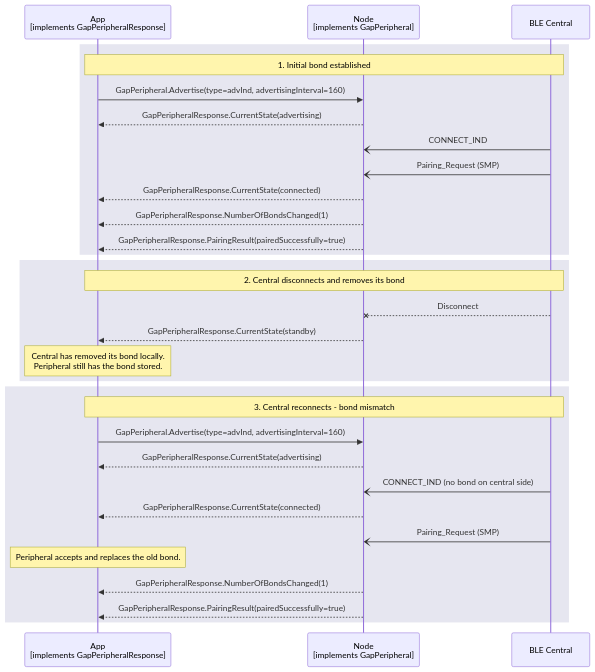
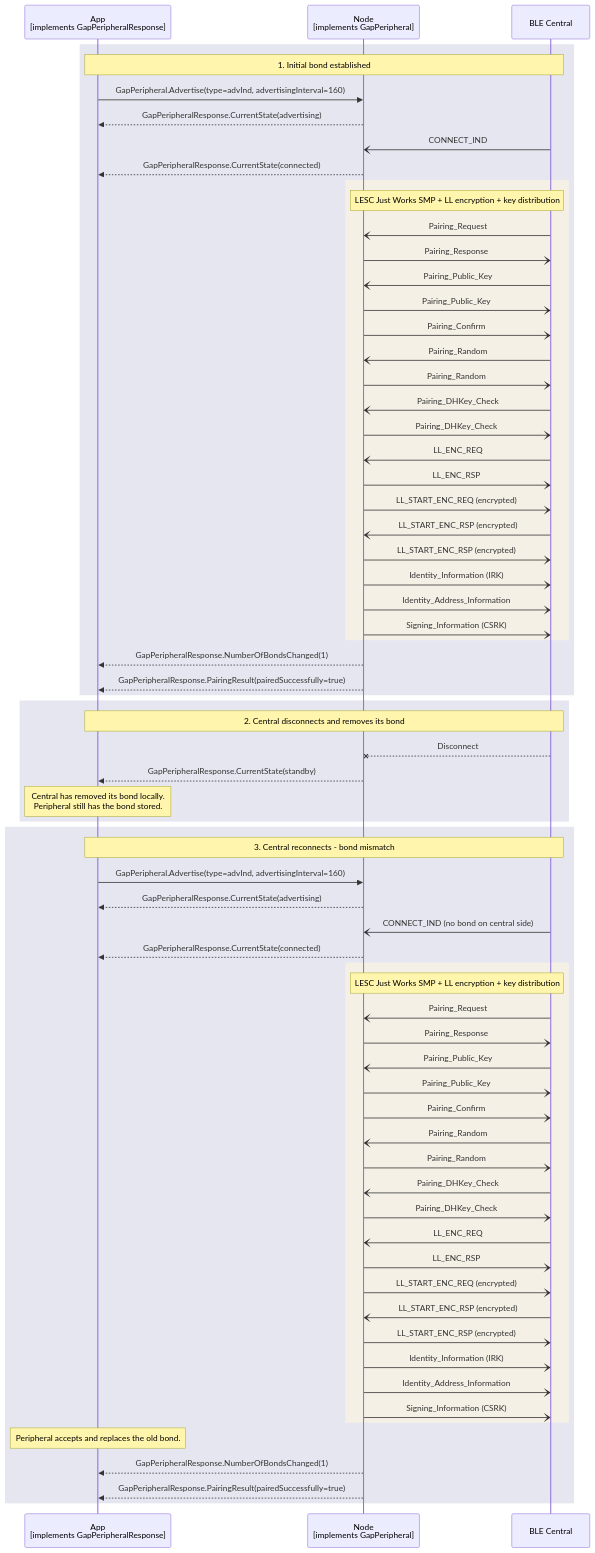
Before and after one commit to philips-software/amp-embedded-infra-lib: the diagram in documents/modules/ROOT/partials/echoservices/gap_peripheral/GapPeripheral_ReBondAfterBondRemoval_sequence.mmd, drawn with Mermaid. The commit also changed 8 other files, not shown here.

```diff
--- a/documents/modules/ROOT/partials/echoservices/gap_peripheral/GapPeripheral_ReBondAfterBondRemoval_sequence.mmd
+++ b/documents/modules/ROOT/partials/echoservices/gap_peripheral/GapPeripheral_ReBondAfterBondRemoval_sequence.mmd
@@ -1,37 +1,74 @@
 sequenceDiagram
     participant App as App<br>[implements GapPeripheralResponse]
     participant Node as Node<br>[implements GapPeripheral]
     participant Central as BLE Central
 
     rect rgb(230, 230, 240)
         note over App, Central: 1. Initial bond established
         App->>Node: GapPeripheral.Advertise(type=advInd, advertisingInterval=160)
         Node-->>App: GapPeripheralResponse.CurrentState(advertising)
         Central-)Node: CONNECT_IND
-        Central-)Node: Pairing_Request (SMP)
         Node-->>App: GapPeripheralResponse.CurrentState(connected)
+        rect rgb(245, 240, 230)
+            Note over Node, Central: LESC Just Works SMP + LL encryption + key distribution
+            Central-)Node: Pairing_Request
+            Node-)Central: Pairing_Response
+            Central-)Node: Pairing_Public_Key
+            Node-)Central: Pairing_Public_Key
+            Node-)Central: Pairing_Confirm
+            Central-)Node: Pairing_Random
+            Node-)Central: Pairing_Random
+            Central-)Node: Pairing_DHKey_Check
+            Node-)Central: Pairing_DHKey_Check
+            Central-)Node: LL_ENC_REQ
+            Node-)Central: LL_ENC_RSP
+            Node-)Central: LL_START_ENC_REQ (encrypted)
+            Central-)Node: LL_START_ENC_RSP (encrypted)
+            Node-)Central: LL_START_ENC_RSP (encrypted)
+            Node-)Central: Identity_Information (IRK)
+            Node-)Central: Identity_Address_Information
+            Node-)Central: Signing_Information (CSRK)
+        end
         Node-->>App: GapPeripheralResponse.NumberOfBondsChanged(1)
         Node-->>App: GapPeripheralResponse.PairingResult(pairedSuccessfully=true)
     end
 
     rect rgb(230, 230, 240)
         note over App, Central: 2. Central disconnects and removes its bond
         Central--xNode: Disconnect
         Node-->>App: GapPeripheralResponse.CurrentState(standby)
 
         Note over App: Central has removed its bond locally.<br>Peripheral still has the bond stored.
     end
 
     rect rgb(230, 230, 240)
         note over App, Central: 3. Central reconnects - bond mismatch
         App->>Node: GapPeripheral.Advertise(type=advInd, advertisingInterval=160)
         Node-->>App: GapPeripheralResponse.CurrentState(advertising)
         Central-)Node: CONNECT_IND (no bond on central side)
         Node-->>App: GapPeripheralResponse.CurrentState(connected)
-
-        Central-)Node: Pairing_Request (SMP)
+        rect rgb(245, 240, 230)
+            Note over Node, Central: LESC Just Works SMP + LL encryption + key distribution
+            Central-)Node: Pairing_Request
+            Node-)Central: Pairing_Response
+            Central-)Node: Pairing_Public_Key
+            Node-)Central: Pairing_Public_Key
+            Node-)Central: Pairing_Confirm
+            Central-)Node: Pairing_Random
+            Node-)Central: Pairing_Random
+            Central-)Node: Pairing_DHKey_Check
+            Node-)Central: Pairing_DHKey_Check
+            Central-)Node: LL_ENC_REQ
+            Node-)Central: LL_ENC_RSP
+            Node-)Central: LL_START_ENC_REQ (encrypted)
+            Central-)Node: LL_START_ENC_RSP (encrypted)
+            Node-)Central: LL_START_ENC_RSP (encrypted)
+            Node-)Central: Identity_Information (IRK)
+            Node-)Central: Identity_Address_Information
+            Node-)Central: Signing_Information (CSRK)
+        end
         Note over App: Peripheral accepts and replaces the old bond.
 
         Node-->>App: GapPeripheralResponse.NumberOfBondsChanged(1)
         Node-->>App: GapPeripheralResponse.PairingResult(pairedSuccessfully=true)
     end
```
